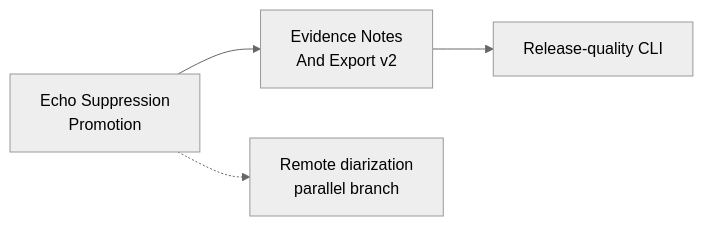
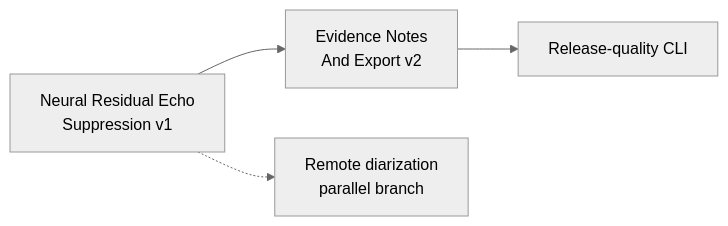
One commit to asukhodko/murmurmark changed the diagram in docs/project/current-goal.md. Above: the diagram before and after it, drawn with Mermaid (neutral theme). The commit also changed other lines of this file and 25 other files, not shown here.

Commit message:
feat: add timeline-correct echo promotion gate

````diff
--- a/docs/project/current-goal.md
+++ b/docs/project/current-goal.md
@@ -121,10 +100,10 @@
 ```mermaid
 flowchart LR
-    A["Echo Suppression<br/>Promotion"]
+    A["Neural Residual Echo<br/>Suppression v1"]
     B["Evidence Notes<br/>And Export v2"]
     C["Release-quality CLI"]
     D["Remote diarization<br/>parallel branch"]
 
     A --> B --> C
     A -.-> D
 ```
````
